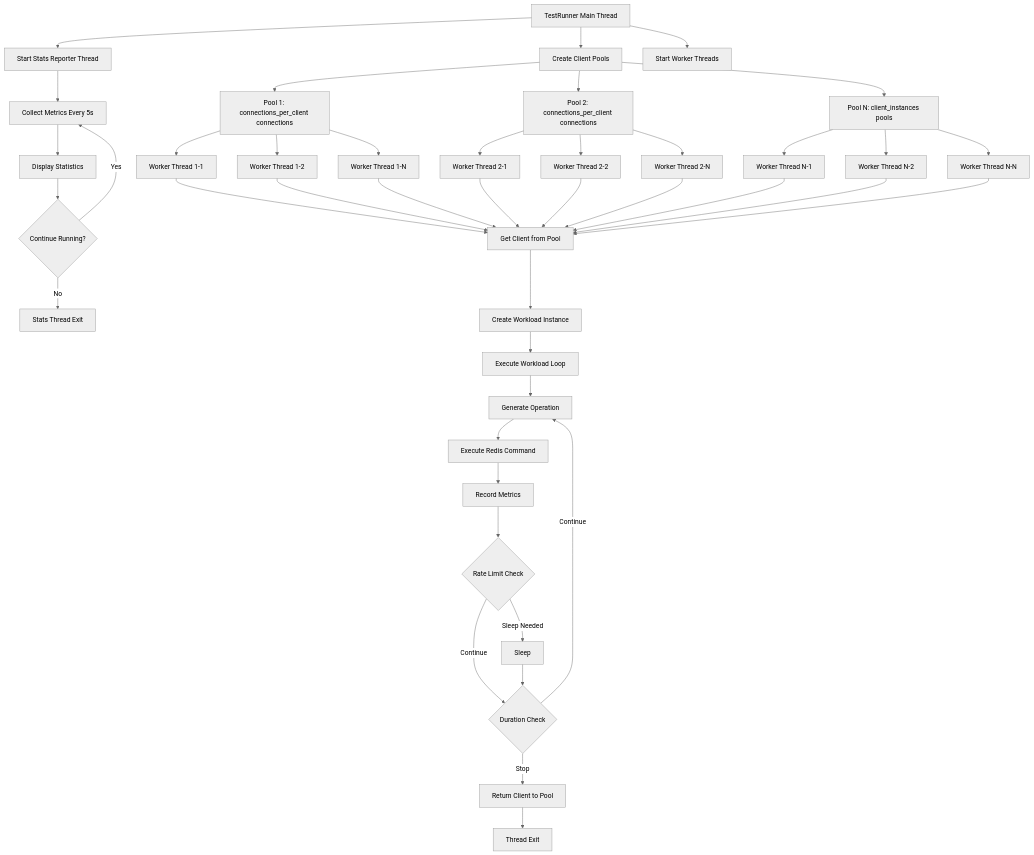
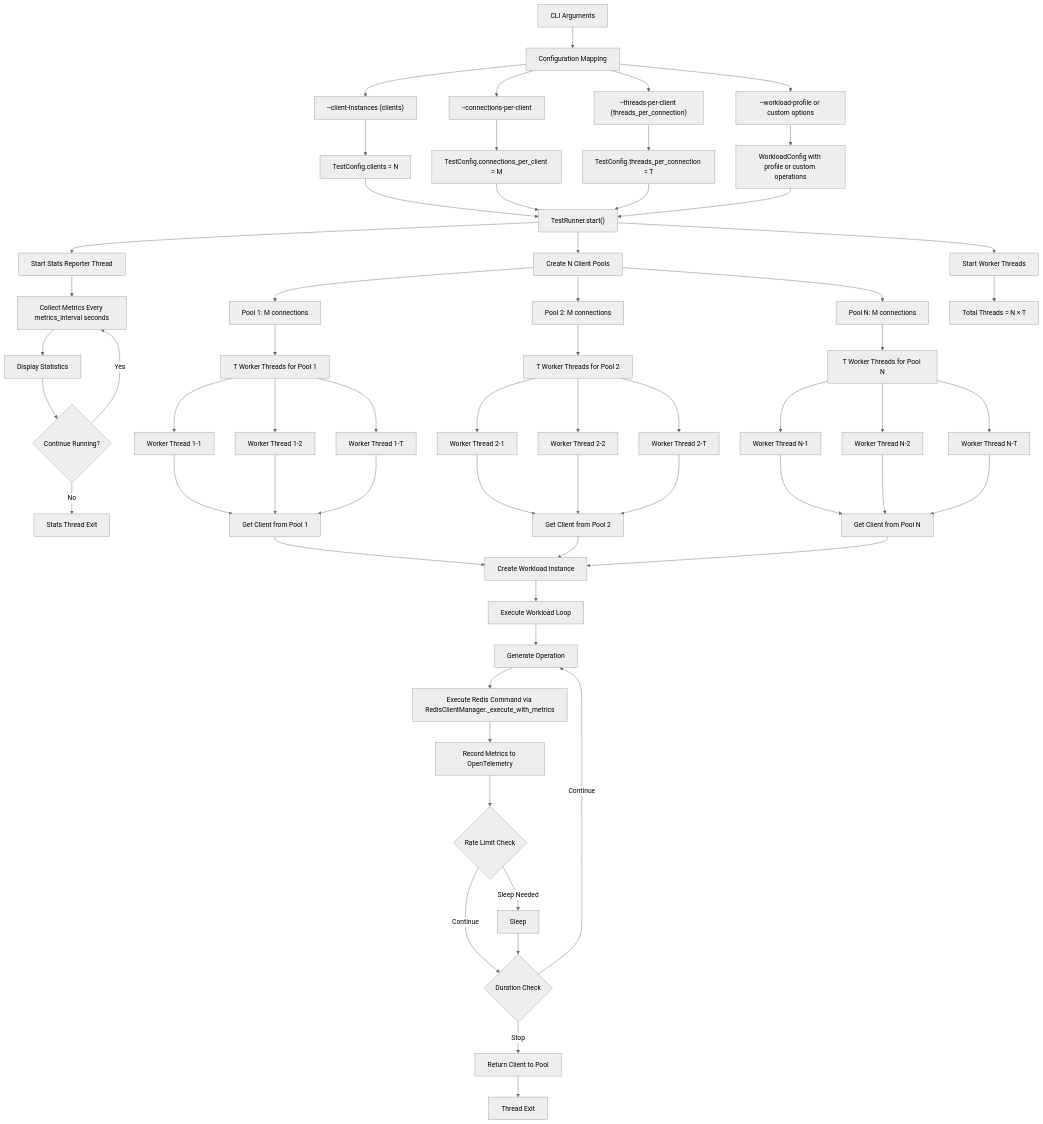
Before and after one commit to redis-developer/redis-py-test-app: the second of 4 diagrams in diagrams/code-flow-diagram.md, drawn with Mermaid (neutral theme). The commit also changed other lines of this file and 13 other files, not shown here.

````diff
--- a/diagrams/code-flow-diagram.md
+++ b/diagrams/code-flow-diagram.md
@@ -89,51 +97,76 @@
 ```mermaid
 flowchart TD
-    A[TestRunner Main Thread] --> B[Create Client Pools]
-    B --> C[Pool 1: connections_per_client connections]
-    B --> D[Pool 2: connections_per_client connections]
-    B --> E[Pool N: client_instances pools]
-    
-    A --> F[Start Stats Reporter Thread]
-    F --> G[Collect Metrics Every 5s]
-    G --> H[Display Statistics]
-    H --> I{Continue Running?}
-    I -->|Yes| G
-    I -->|No| J[Stats Thread Exit]
-    
-    A --> K[Start Worker Threads]
-    
-    C --> L[Worker Thread 1-1]
-    C --> M[Worker Thread 1-2]
-    C --> N[Worker Thread 1-N]
-    
-    D --> O[Worker Thread 2-1]
-    D --> P[Worker Thread 2-2]
-    D --> Q[Worker Thread 2-N]
-    
-    E --> R[Worker Thread N-1]
-    E --> S[Worker Thread N-2]
-    E --> T[Worker Thread N-N]
-    
-    L --> U[Get Client from Pool]
-    M --> U
-    N --> U
-    O --> U
-    P --> U
-    Q --> U
-    R --> U
-    S --> U
-    T --> U
-    
-    U --> V[Create Workload Instance]
-    V --> W[Execute Workload Loop]
-    W --> X[Generate Operation]
-    X --> Y[Execute Redis Command]
-    Y --> Z[Record Metrics]
-    Z --> AA{Rate Limit Check}
-    AA -->|Sleep Needed| BB[Sleep]
-    AA -->|Continue| CC{Duration Check}
-    BB --> CC
-    CC -->|Continue| X
-    CC -->|Stop| DD[Return Client to Pool]
-    DD --> EE[Thread Exit]
+    A[CLI Arguments] --> B[Configuration Mapping]
+
+    B --> C["--client-instances (clients)"]
+    B --> D["--connections-per-client"]
+    B --> E["--threads-per-client (threads_per_connection)"]
+    B --> F["--workload-profile or custom options"]
+
+    C --> G["TestConfig.clients = N"]
+    D --> H["TestConfig.connections_per_client = M"]
+    E --> I["TestConfig.threads_per_connection = T"]
+    F --> J[WorkloadConfig with profile or custom operations]
+
+    G --> K["TestRunner.start()"]
+    H --> K
+    I --> K
+    J --> K
+
+    K --> L[Create N Client Pools]
+    L --> M[Pool 1: M connections]
+    L --> N[Pool 2: M connections]
+    L --> O[Pool N: M connections]
+
+    K --> P[Start Stats Reporter Thread]
+    P --> Q[Collect Metrics Every metrics_interval seconds]
+    Q --> R[Display Statistics]
+    R --> S{Continue Running?}
+    S -->|Yes| Q
+    S -->|No| T[Stats Thread Exit]
+
+    K --> U[Start Worker Threads]
+    U --> V[Total Threads = N × T]
+
+    M --> W[T Worker Threads for Pool 1]
+    N --> X[T Worker Threads for Pool 2]
+    O --> Y[T Worker Threads for Pool N]
+
+    W --> Z[Worker Thread 1-1]
+    W --> AA[Worker Thread 1-2]
+    W --> BB[Worker Thread 1-T]
+
+    X --> CC[Worker Thread 2-1]
+    X --> DD[Worker Thread 2-2]
+    X --> EE[Worker Thread 2-T]
+
+    Y --> FF[Worker Thread N-1]
+    Y --> GG[Worker Thread N-2]
+    Y --> HH[Worker Thread N-T]
+
+    Z --> II[Get Client from Pool 1]
+    AA --> II
+    BB --> II
+    CC --> JJ[Get Client from Pool 2]
+    DD --> JJ
+    EE --> JJ
+    FF --> KK[Get Client from Pool N]
+    GG --> KK
+    HH --> KK
+
+    II --> LL[Create Workload Instance]
+    JJ --> LL
+    KK --> LL
+
+    LL --> MM[Execute Workload Loop]
+    MM --> NN[Generate Operation]
+    NN --> OO["Execute Redis Command via RedisClientManager._execute_with_metrics"]
+    OO --> PP[Record Metrics to OpenTelemetry]
+    PP --> QQ{Rate Limit Check}
+    QQ -->|Sleep Needed| RR[Sleep]
+    QQ -->|Continue| SS{Duration Check}
+    RR --> SS
+    SS -->|Continue| NN
+    SS -->|Stop| TT[Return Client to Pool]
+    TT --> UU[Thread Exit]
 ```
````
